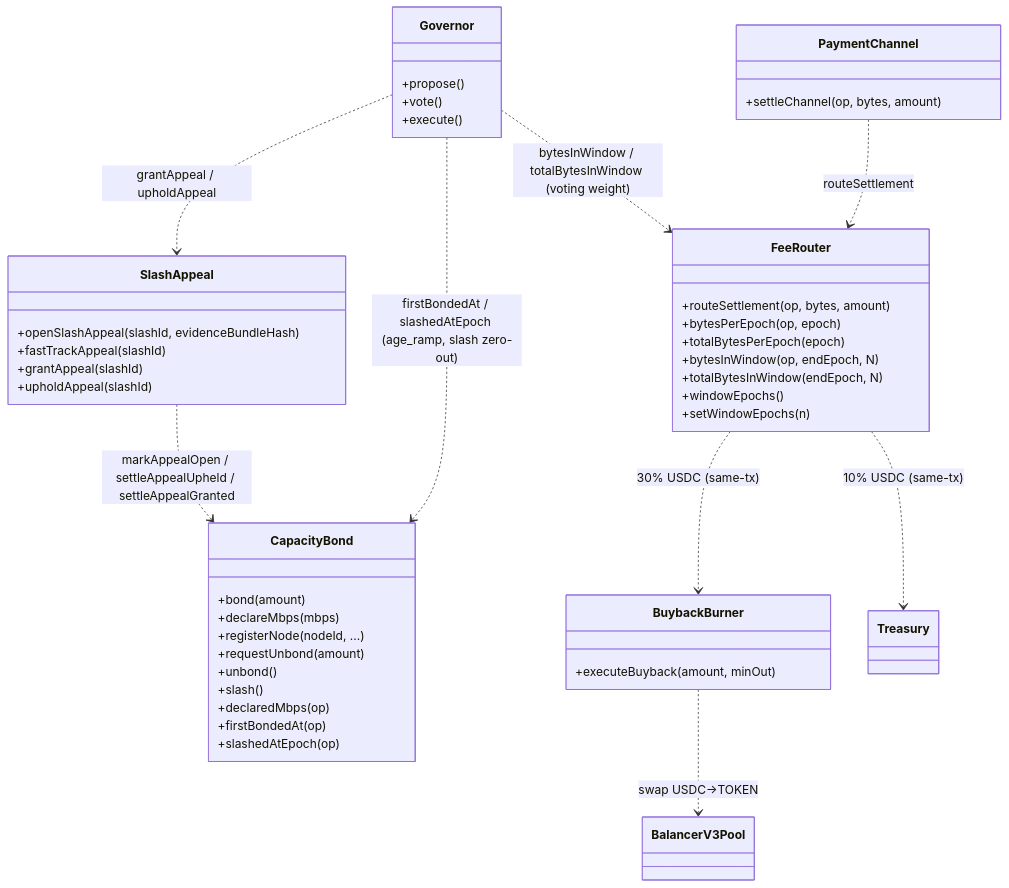
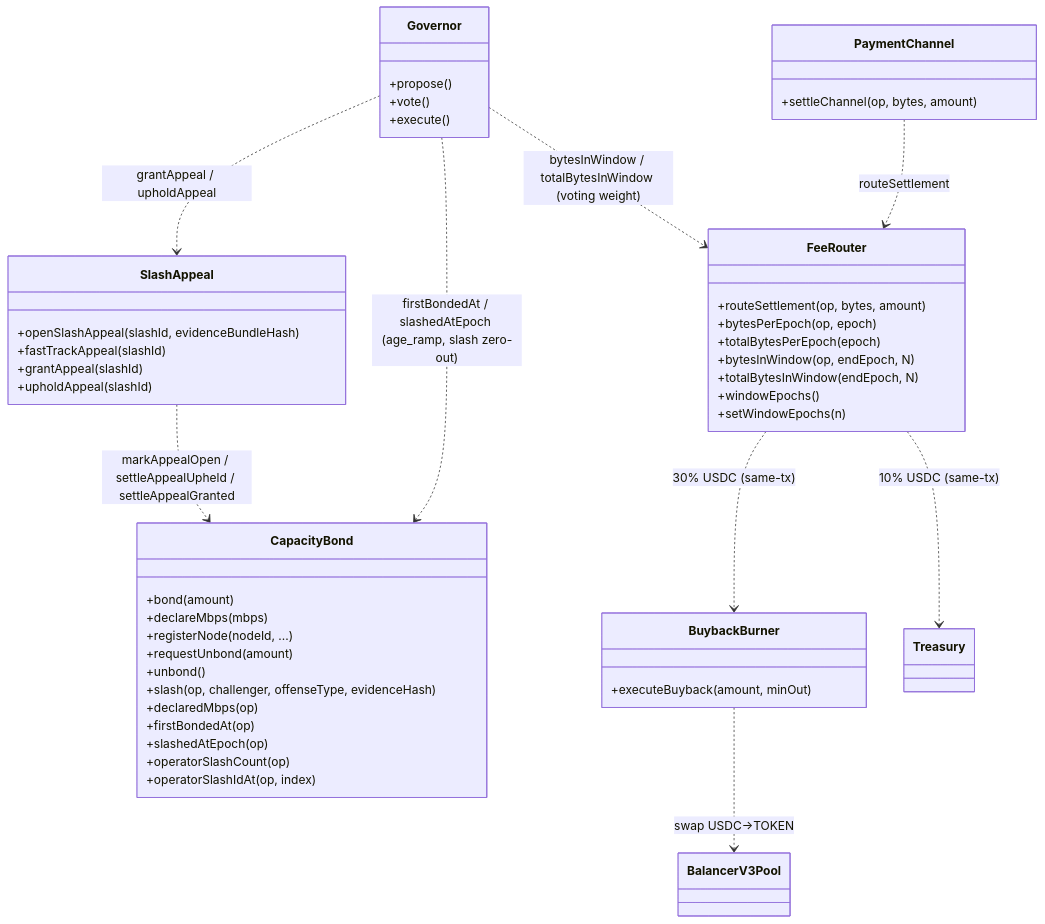
Before and after one commit to decdn/decdn: the first of 5 diagrams in adr/016-contract-interactions.md, drawn with Mermaid. The commit also changed other lines of this file, not shown here.

First line of the commit message:
docs(adr-016): document on-chain enumeration views + slash evidenceHash (#1501)

````diff
--- a/adr/016-contract-interactions.md
+++ b/adr/016-contract-interactions.md
@@ -39,51 +39,53 @@
 ```mermaid
 classDiagram
     class PaymentChannel {
         +settleChannel(op, bytes, amount)
     }
     class FeeRouter {
         +routeSettlement(op, bytes, amount)
         +bytesPerEpoch(op, epoch)
         +totalBytesPerEpoch(epoch)
         +bytesInWindow(op, endEpoch, N)
         +totalBytesInWindow(endEpoch, N)
         +windowEpochs()
         +setWindowEpochs(n)
     }
     class CapacityBond {
         +bond(amount)
         +declareMbps(mbps)
         +registerNode(nodeId, ...)
         +requestUnbond(amount)
         +unbond()
-        +slash()
+        +slash(op, challenger, offenseType, evidenceHash)
         +declaredMbps(op)
         +firstBondedAt(op)
         +slashedAtEpoch(op)
+        +operatorSlashCount(op)
+        +operatorSlashIdAt(op, index)
     }
     class BuybackBurner {
         +executeBuyback(amount, minOut)
     }
     class SlashAppeal {
         +openSlashAppeal(slashId, evidenceBundleHash)
         +fastTrackAppeal(slashId)
         +grantAppeal(slashId)
         +upholdAppeal(slashId)
     }
     class Governor {
         +propose()
         +vote()
         +execute()
     }
     class Treasury
     class BalancerV3Pool
 
     PaymentChannel ..> FeeRouter : routeSettlement
     FeeRouter ..> BuybackBurner : 30% USDC (same-tx)
     FeeRouter ..> Treasury : 10% USDC (same-tx)
     BuybackBurner ..> BalancerV3Pool : swap USDC→TOKEN
     Governor ..> FeeRouter : bytesInWindow / totalBytesInWindow (voting weight)
     Governor ..> CapacityBond : firstBondedAt / slashedAtEpoch (age_ramp, slash zero-out)
     SlashAppeal ..> CapacityBond : markAppealOpen / settleAppealUpheld / settleAppealGranted
     Governor ..> SlashAppeal : grantAppeal / upholdAppeal
 ```
````
